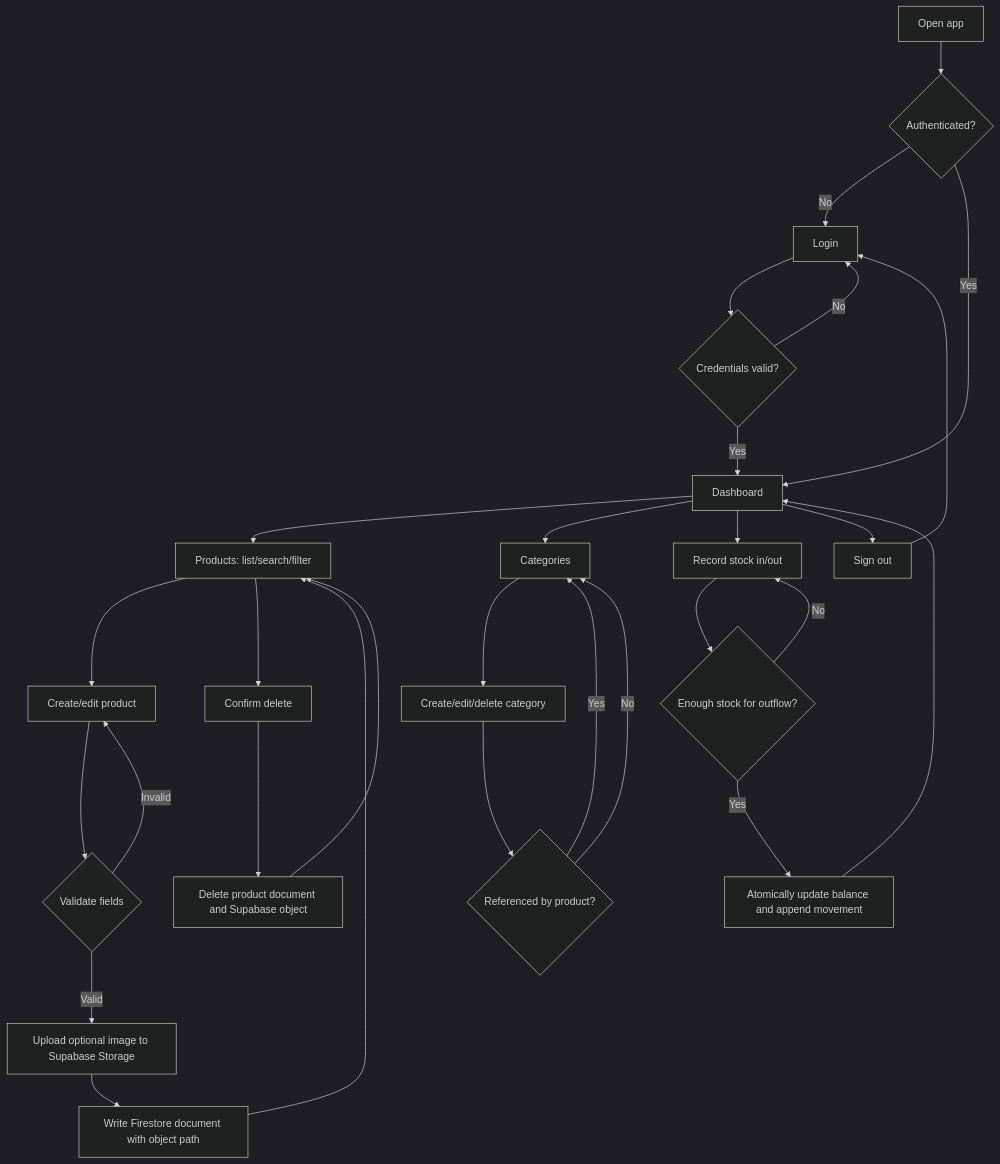
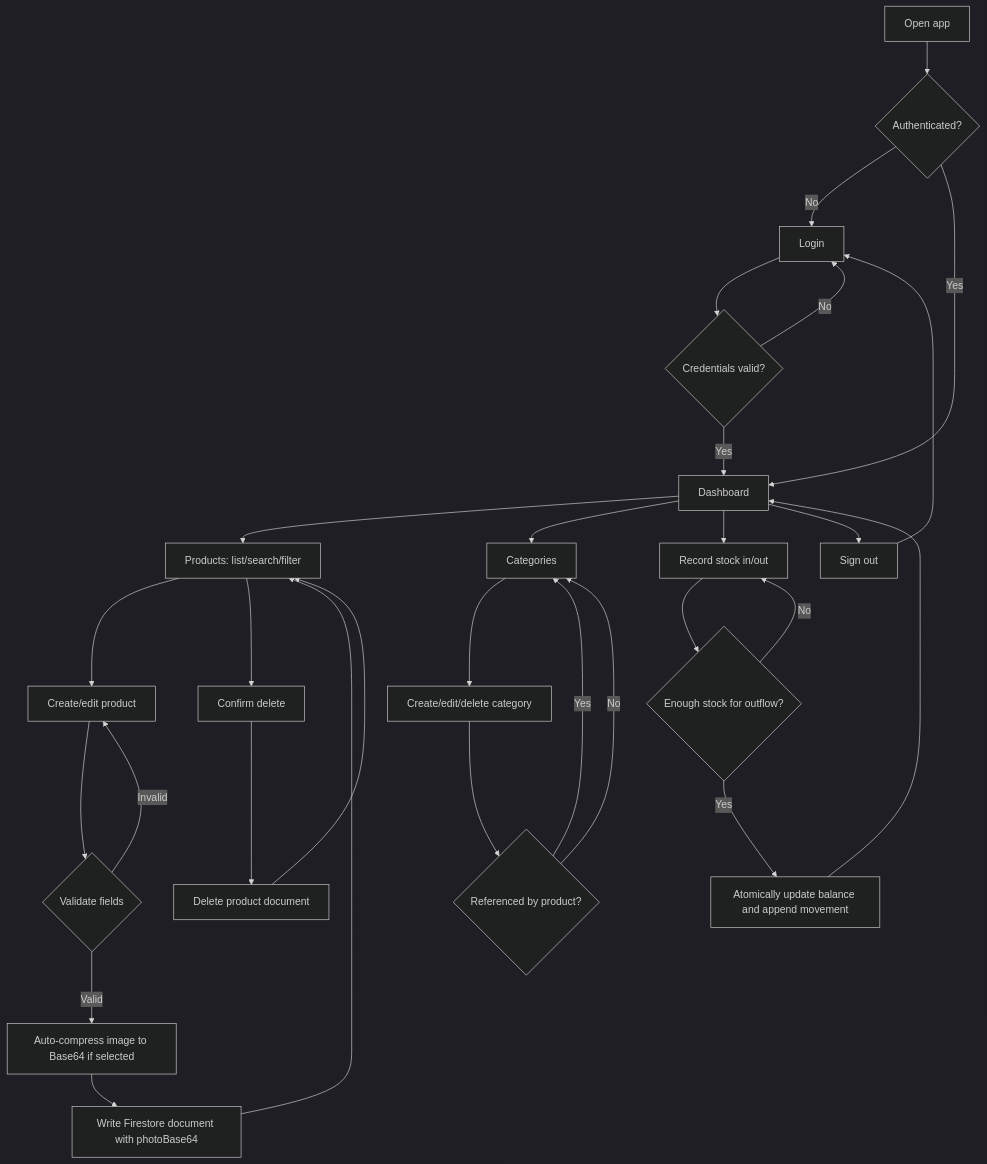
Before and after one commit to ZacksAryasatya/Practice_Nuxt_Firebase: the diagram in docs/user-flows.md, drawn with Mermaid (dark theme). The commit also changed other lines of this file and 7 other files, not shown here.

Commit message:
fix: [ZA] fix lightbox leave transition and sync docs to 100% firebase architecture

````diff
--- a/docs/user-flows.md
+++ b/docs/user-flows.md
@@ -58,31 +58,31 @@
 ```mermaid
 flowchart TD
     A[Open app] --> B{Authenticated?}
     B -- No --> C[Login]
     C --> D{Credentials valid?}
     D -- No --> C
     D -- Yes --> E[Dashboard]
     B -- Yes --> E
     E --> F[Products: list/search/filter]
     E --> G[Categories]
     F --> H[Create/edit product]
     H --> I{Validate fields}
     I -- Invalid --> H
-    I -- Valid --> J[Upload optional image to Supabase Storage]
-    J --> K[Write Firestore document with object path]
+    I -- Valid --> J[Auto-compress image to Base64 if selected]
+    J --> K[Write Firestore document with photoBase64]
     K --> F
     F --> L[Confirm delete]
-    L --> M[Delete product document and Supabase object]
+    L --> M[Delete product document]
     M --> F
     G --> N[Create/edit/delete category]
     N --> O{Referenced by product?}
     O -- Yes --> G
     O -- No --> G
     E --> Q[Record stock in/out]
     Q --> R{Enough stock for outflow?}
     R -- No --> Q
     R -- Yes --> S[Atomically update balance and append movement]
     S --> E
     E --> P[Sign out]
     P --> C
 ```
````
